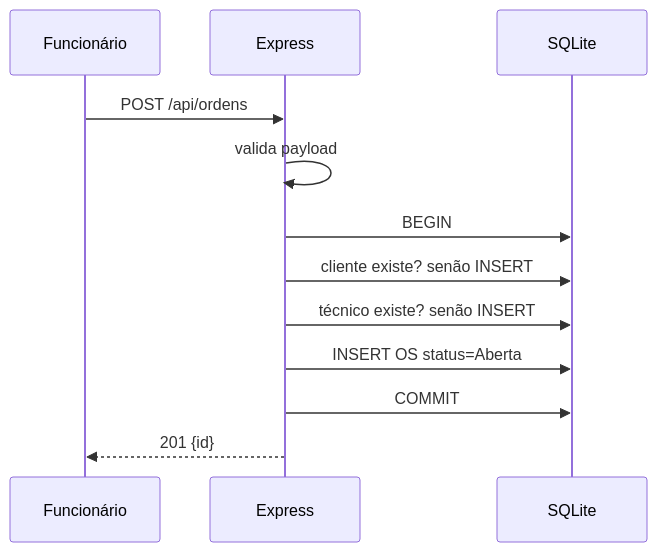
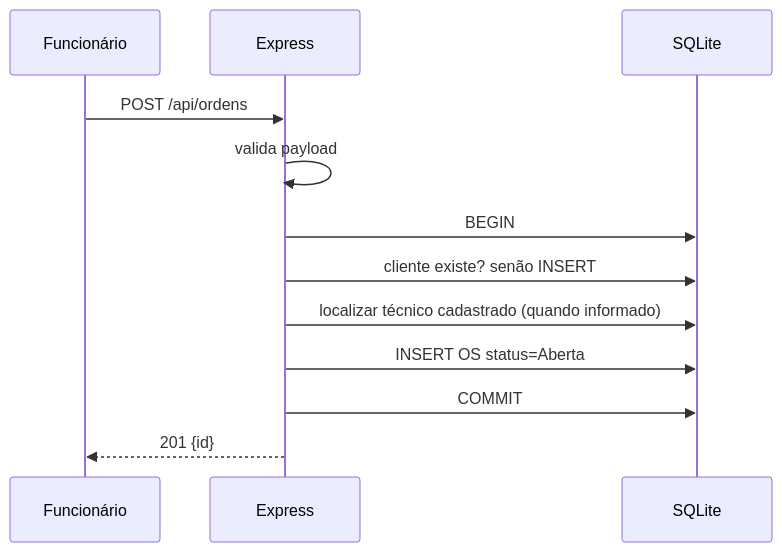
The third of 3 diagrams in docs/ARQUITETURA.md (nikolasmatos-bit/Licao_Impossivel), drawn with Mermaid before and after one commit. The commit also changed other lines of this file and 17 other files, not shown here.

````diff
--- a/docs/ARQUITETURA.md
+++ b/docs/ARQUITETURA.md
@@ -59,15 +59,15 @@
 ```mermaid
 sequenceDiagram
     participant F as Funcionário
     participant E as Express
     participant DB as SQLite
 
     F->>E: POST /api/ordens
     E->>E: valida payload
     E->>DB: BEGIN
     E->>DB: cliente existe? senão INSERT
-    E->>DB: técnico existe? senão INSERT
+    E->>DB: localizar técnico cadastrado (quando informado)
     E->>DB: INSERT OS status=Aberta
     E->>DB: COMMIT
     E-->>F: 201 {id}
 ```
````
